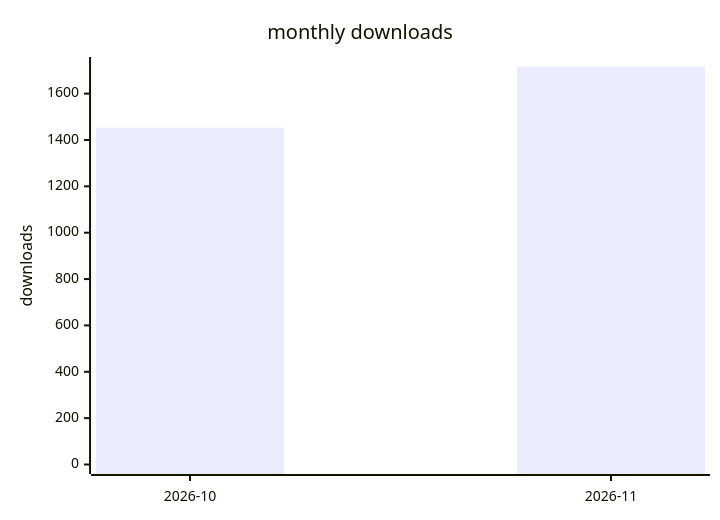
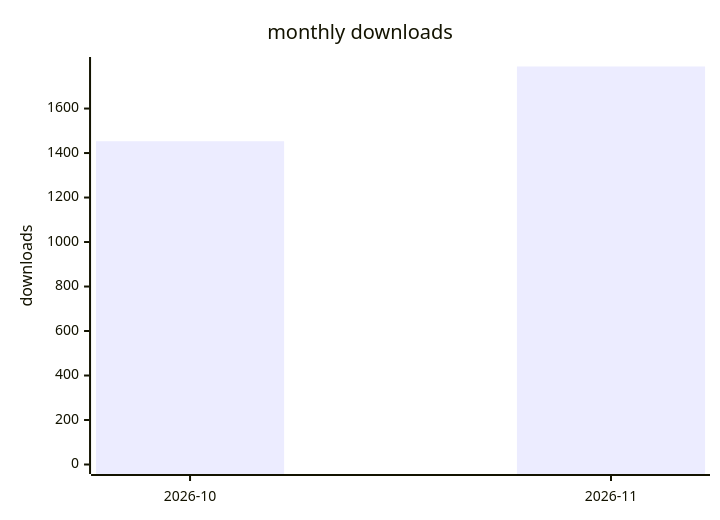
The second of 2 diagrams in docs/downloads-2026.md (terry2010/dsh-loop-recover), drawn with Mermaid before and after one commit. The commit also changed other lines of this file and 1 other file, not shown here.

````diff
--- a/docs/downloads-2026.md
+++ b/docs/downloads-2026.md
@@ -29,7 +29,7 @@
 ```mermaid
 xychart-beta
     title "monthly downloads"
     x-axis ["2026-10", "2026-11"]
-    y-axis "downloads" 0 --> 1717
-    bar [1453, 1717]
+    y-axis "downloads" 0 --> 1789
+    bar [1453, 1789]
 ```
````
